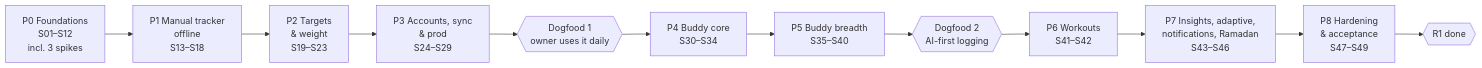
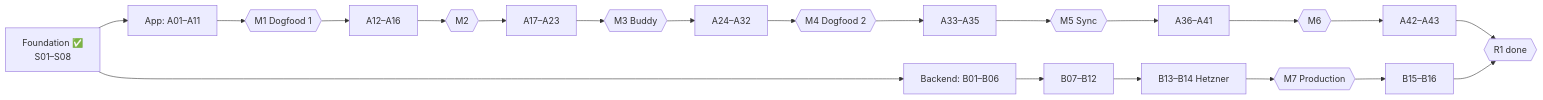
Before and after one commit to Abdelrahman-Hamza1/Fitness-Buddy: the diagram in technical-planning/11-roadmap.md, drawn with Mermaid. The commit also changed other lines of this file and 150 other files, not shown here.

````diff
--- a/technical-planning/11-roadmap.md
+++ b/technical-planning/11-roadmap.md
@@ -7,14 +11,7 @@
 ```mermaid
 flowchart LR
-  P0[P0 Foundations<br/>S01–S12<br/>incl. 3 spikes] --> P1[P1 Manual tracker<br/>offline<br/>S13–S18]
-  P1 --> P2[P2 Targets<br/>& weight<br/>S19–S23]
-  P2 --> P3[P3 Accounts, sync<br/>& prod<br/>S24–S29]
-  P3 --> M1{{Dogfood 1<br/>owner uses it daily}}
-  M1 --> P4[P4 Buddy core<br/>S30–S34]
-  P4 --> P5[P5 Buddy breadth<br/>S35–S40]
-  P5 --> M2{{Dogfood 2<br/>AI-first logging}}
-  M2 --> P6[P6 Workouts<br/>S41–S42]
-  P6 --> P7[P7 Insights, adaptive,<br/>notifications, Ramadan<br/>S43–S46]
-  P7 --> P8[P8 Hardening<br/>& acceptance<br/>S47–S49]
-  P8 --> R1{{R1 done}}
+  F[Foundation ✅<br/>S01–S08] --> A1[App: A01–A11] --> M1{{M1 Dogfood 1}} --> A2[A12–A16] --> M2{{M2}} --> A3[A17–A23] --> M3{{M3 Buddy}} --> A4[A24–A32] --> M4{{M4 Dogfood 2}} --> A5[A33–A35] --> M5{{M5 Sync}} --> A6[A36–A41] --> M6{{M6}} --> A7[A42–A43]
+  F --> B1[Backend: B01–B06] --> B2[B07–B12] --> B3[B13–B14 Hetzner] --> M7{{M7 Production}} --> B4[B15–B16]
+  A7 --> R1{{R1 done}}
+  B4 --> R1
 ```
````
